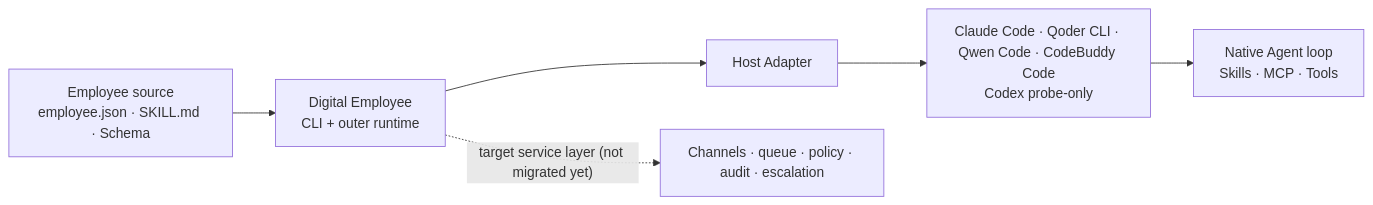
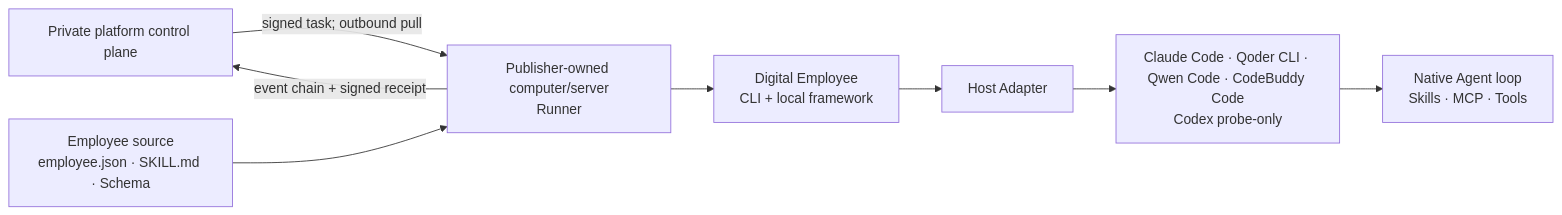
One commit to PeterGuy326/digital-employee changed the first of 2 diagrams in README.md. Above: the diagram before and after it, drawn with Mermaid. The commit also changed other lines of this file and 25 other files, not shown here.

Commit message:
feat: add publisher-owned runner protocol

````diff
--- a/README.md
+++ b/README.md
@@ -21,8 +22,10 @@
 ```mermaid
 flowchart LR
-  P["Employee source<br/>employee.json · SKILL.md · Schema"] --> O["Digital Employee<br/>CLI + outer runtime"]
+  C["Private platform control plane"] -->|"signed task; outbound pull"| R["Publisher-owned computer/server<br/>Runner"]
+  P["Employee source<br/>employee.json · SKILL.md · Schema"] --> R
+  R --> O["Digital Employee<br/>CLI + local framework"]
   O --> H["Host Adapter"]
   H --> A["Claude Code · Qoder CLI · Qwen Code · CodeBuddy Code<br/>Codex probe-only"]
   A --> T["Native Agent loop<br/>Skills · MCP · Tools"]
-  O -. "target service layer (not migrated yet)" .-> S["Channels · queue · policy · audit · escalation"]
+  R -->|"event chain + signed receipt"| C
 ```
````
